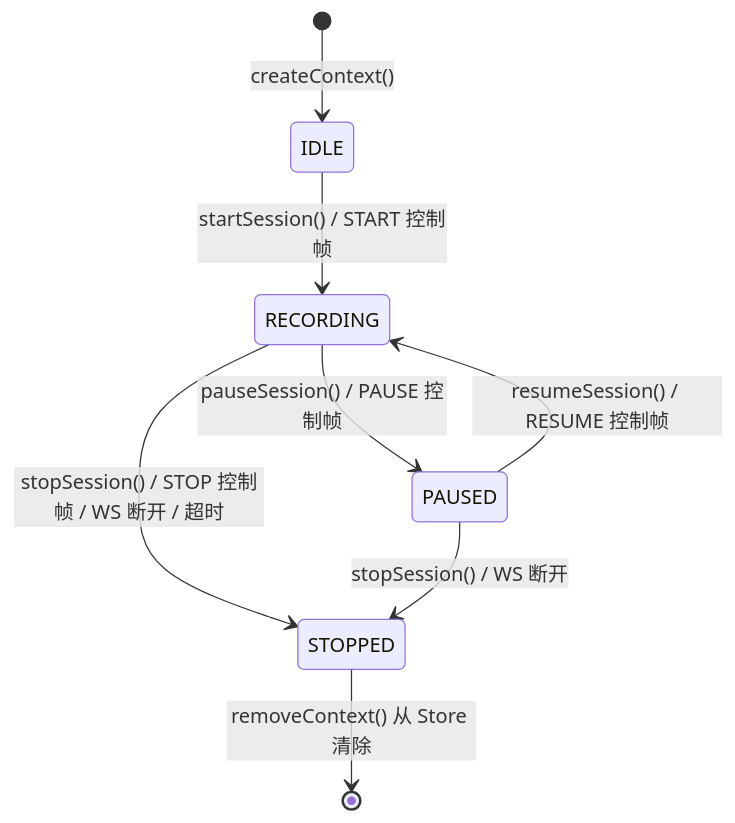
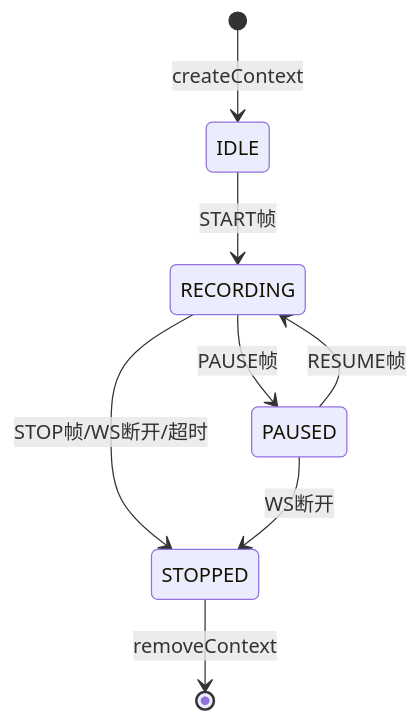
Before and after one commit to Gamehu/pictures-bed: the fourth of 4 diagrams in uml/goodsop/v1.5-recording/pad-recording.md, drawn with Mermaid. The commit also changed other lines of this file and 2 other files, not shown here.

First line of the commit message:
fix: 修复 Mermaid 架构图渲染问题

````diff
--- a/uml/goodsop/v1.5-recording/pad-recording.md
+++ b/uml/goodsop/v1.5-recording/pad-recording.md
@@ -170,16 +175,16 @@
 ```mermaid
 stateDiagram-v2
-    [*] --> IDLE : createContext()
+    [*] --> IDLE : createContext
 
-    IDLE --> RECORDING : startSession() / START 控制帧
+    IDLE --> RECORDING : START帧
 
-    RECORDING --> PAUSED : pauseSession() / PAUSE 控制帧
+    RECORDING --> PAUSED : PAUSE帧
 
-    PAUSED --> RECORDING : resumeSession() / RESUME 控制帧
+    PAUSED --> RECORDING : RESUME帧
 
-    RECORDING --> STOPPED : stopSession() / STOP 控制帧 / WS 断开 / 超时
+    RECORDING --> STOPPED : STOP帧/WS断开/超时
 
-    PAUSED --> STOPPED : stopSession() / WS 断开
+    PAUSED --> STOPPED : WS断开
 
-    STOPPED --> [*] : removeContext() 从 Store 清除
+    STOPPED --> [*] : removeContext
 ```
````
